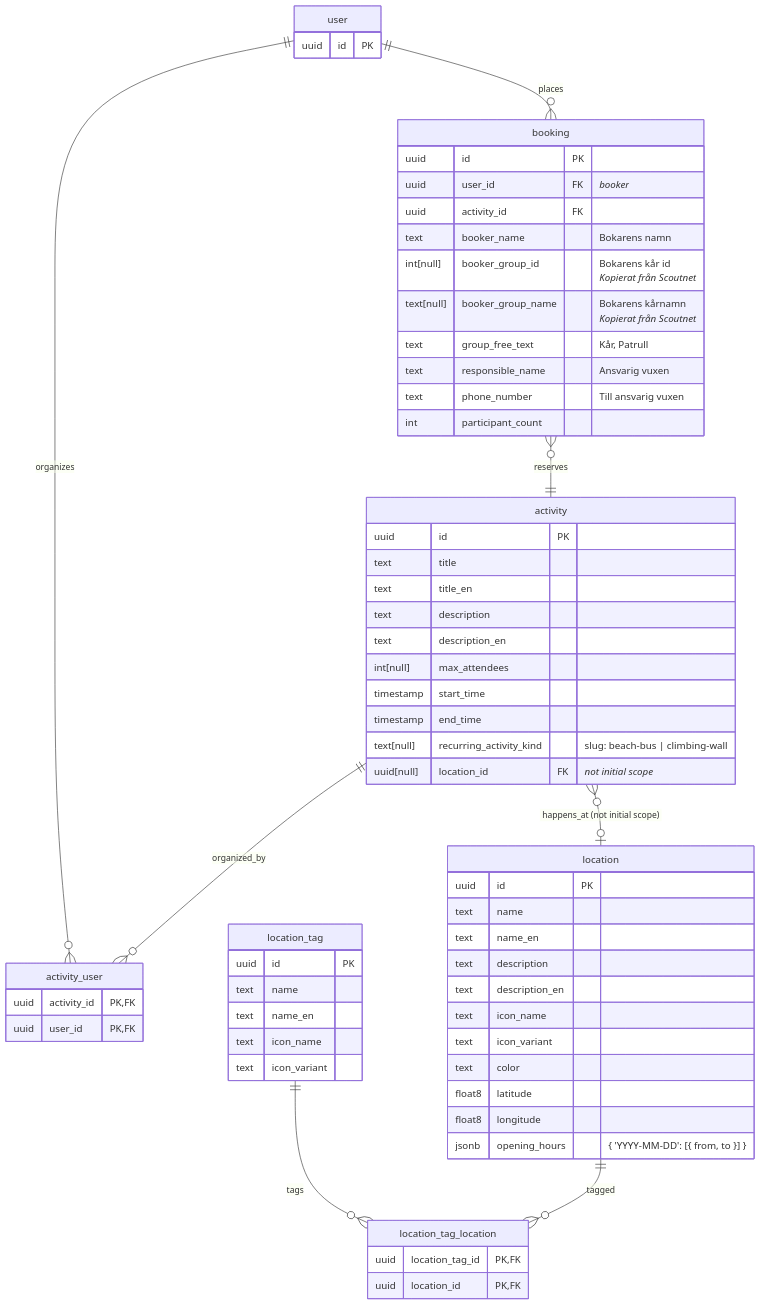
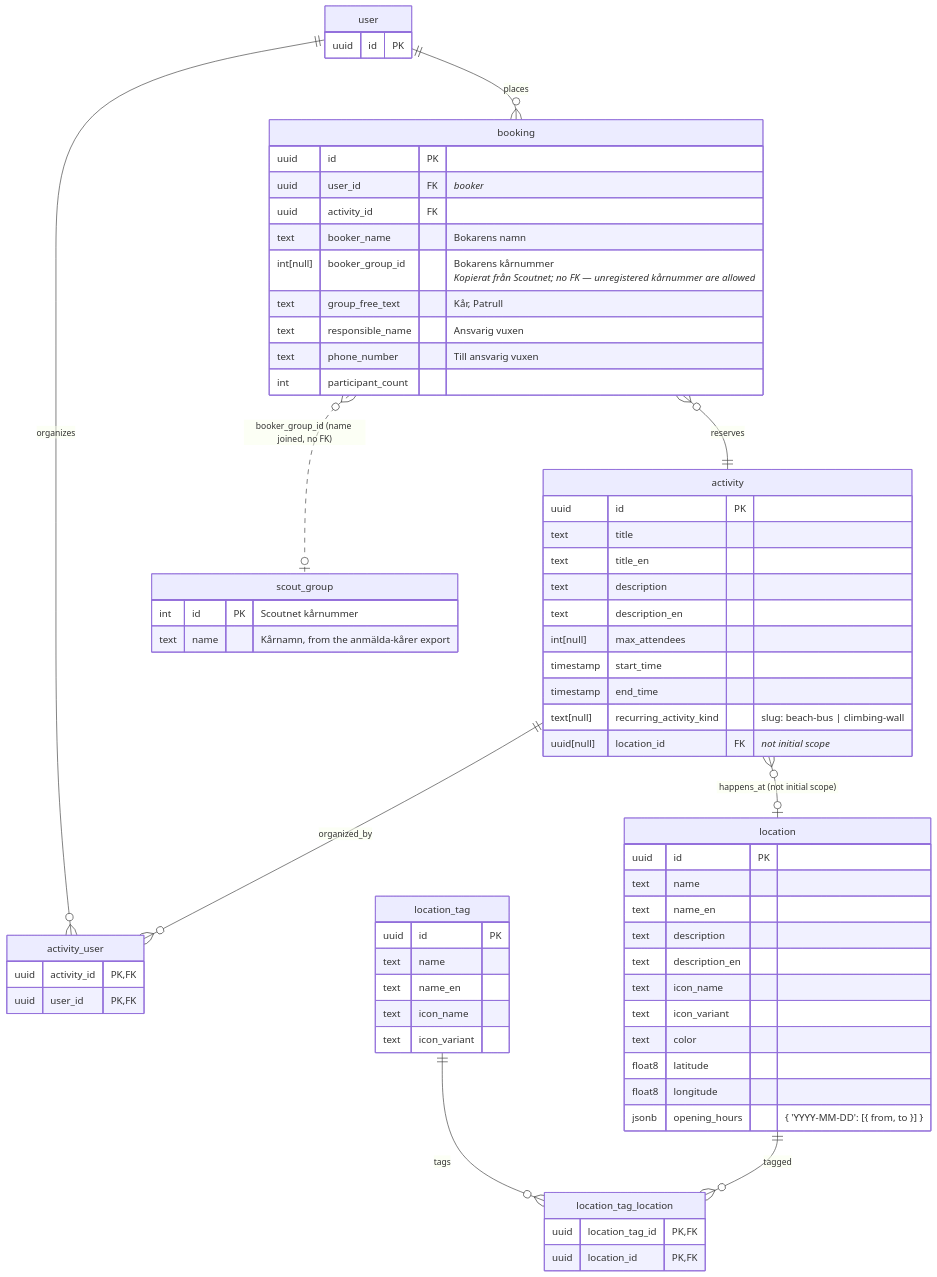
One commit to Scouterna/j26-booking changed the first of 2 diagrams in server/README.md. Above: the diagram before and after it, drawn with Mermaid. The commit also changed 20 other files, not shown here.

First line of the commit message:
refactor(db): derive booker_group_name from a scout_group table

````diff
--- a/server/README.md
+++ b/server/README.md
@@ -184,14 +184,17 @@
   uuid user_id FK "_booker_"
   uuid activity_id FK
   text booker_name "Bokarens namn"
-  int[null] booker_group_id "Bokarens kår id
-  _Kopierat från Scoutnet_"
-  text[null] booker_group_name "Bokarens kårnamn
-  _Kopierat från Scoutnet_"
+  int[null] booker_group_id "Bokarens kårnummer
+  _Kopierat från Scoutnet; no FK — unregistered kårnummer are allowed_"
   text group_free_text "Kår, Patrull"
   text responsible_name "Ansvarig vuxen"
   text phone_number "Till ansvarig vuxen"
   int participant_count
+}
+
+scout_group {
+  int id PK "Scoutnet kårnummer"
+  text name "Kårnamn, from the anmälda-kårer export"
 }
 
 activity_user {
@@ -237,4 +240,6 @@
 
 booking }o--|| activity : reserves
 user ||--o{ booking : places
+
+booking }o..o| scout_group : "booker_group_id (name joined, no FK)"
 ```
````
